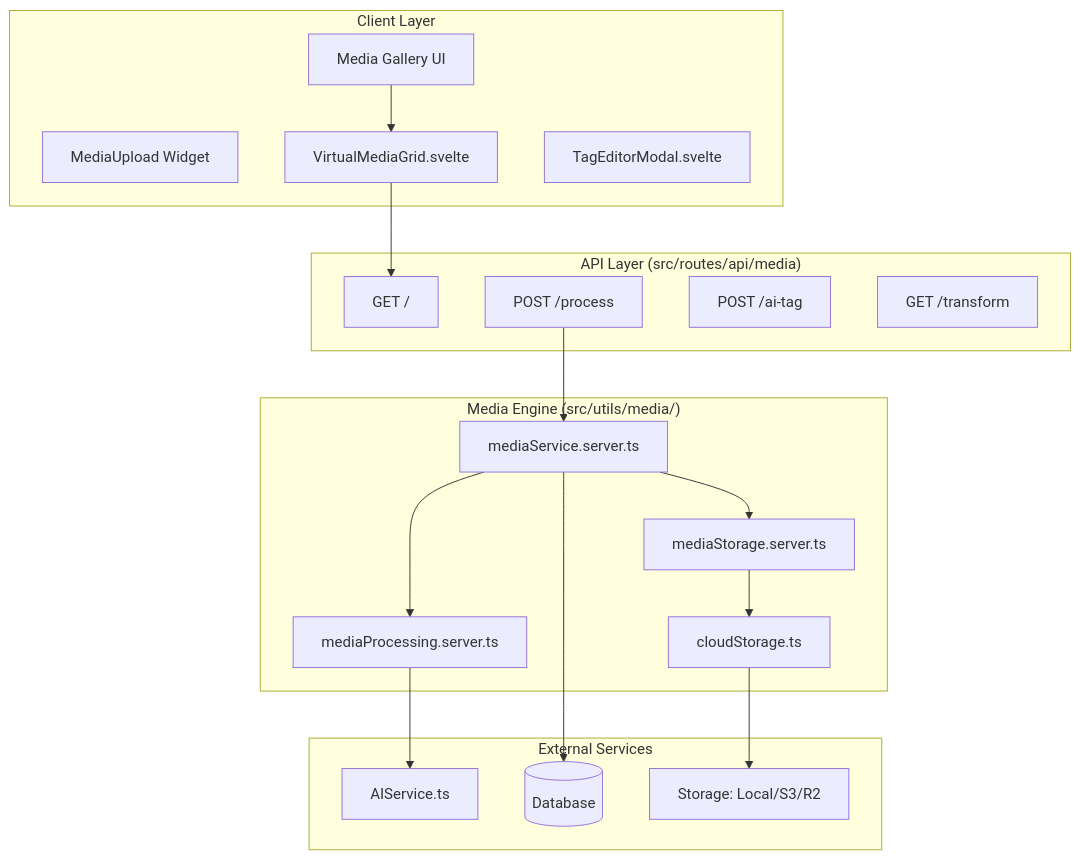
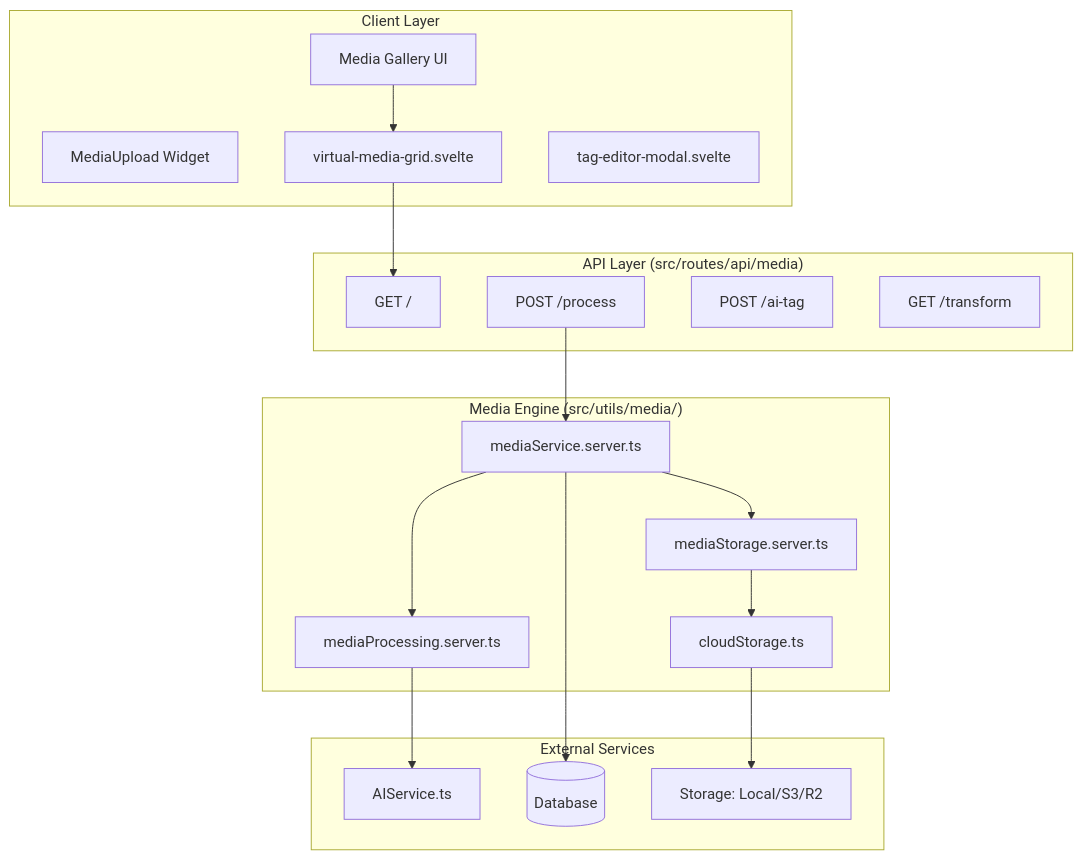
One commit to SveltyCMS/SveltyCMS changed the diagram in docs/architecture/media-system.mdx. Above: the diagram before and after it, drawn with Mermaid. The commit also changed 353 other files, not shown here.

````diff
--- a/docs/architecture/media-system.mdx
+++ b/docs/architecture/media-system.mdx
@@ -27,39 +27,39 @@
 ```mermaid
 graph TB
     subgraph "Client Layer"
         UI[Media Gallery UI]
         UW[MediaUpload Widget]
-        VGRID[VirtualMediaGrid.svelte]
-        TAG[TagEditorModal.svelte]
+        VGRID[virtual-media-grid.svelte]
+        TAG[tag-editor-modal.svelte]
     end
 
     subgraph "API Layer (src/routes/api/media)"
         API1[GET /]
         API2[POST /process]
         API3[POST /ai-tag]
         API4[GET /transform]
     end
 
     subgraph "Media Engine (src/utils/media/)"
         MS[mediaService.server.ts]
         MPS[mediaProcessing.server.ts]
         MST[mediaStorage.server.ts]
         CS[cloudStorage.ts]
     end
 
     subgraph "External Services"
         AIS[AIService.ts]
         DB[(Database)]
         STORE[Storage: Local/S3/R2]
     end
 
     UI --> VGRID
     VGRID --> API1
     API2 --> MS
     MS --> MPS
     MS --> MST
     MST --> CS
     MS --> DB
     CS --> STORE
     MPS --> AIS
 ```
````
